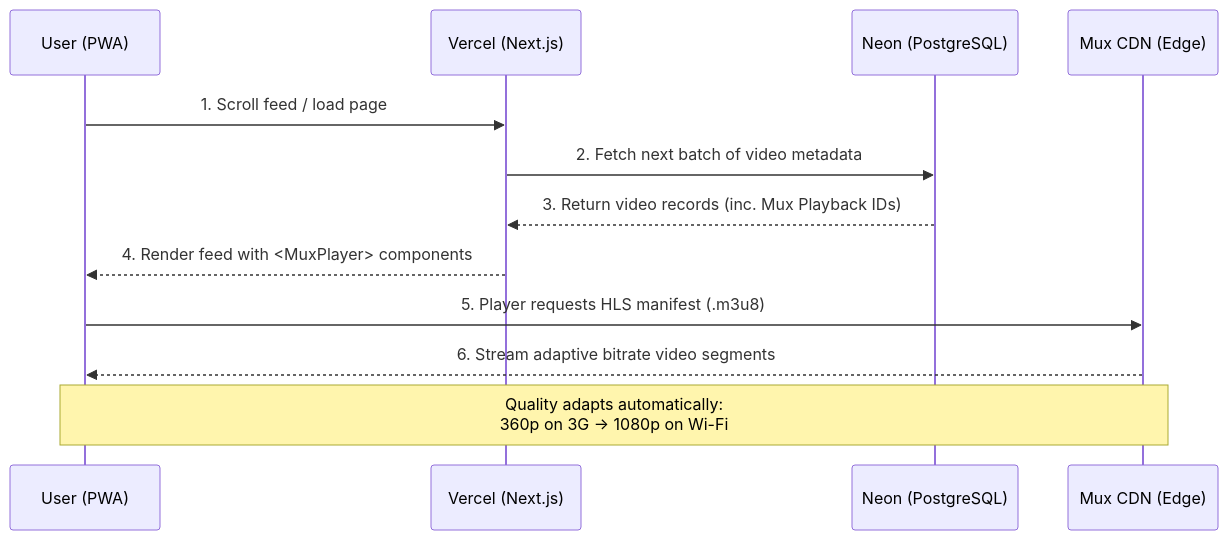
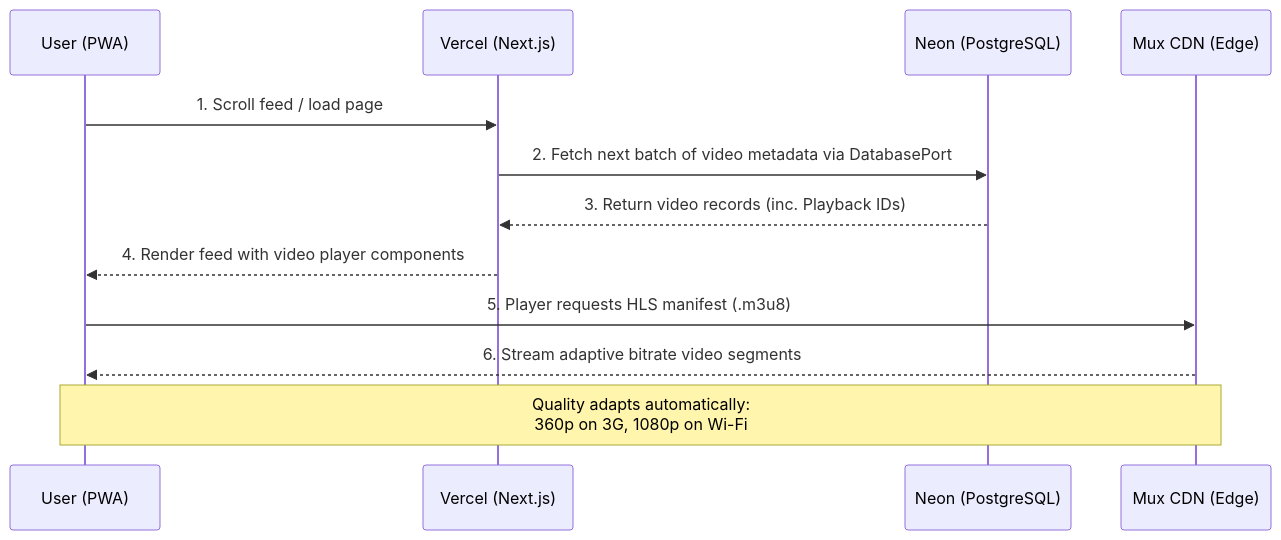
Before and after one commit to ShellyDCMS/DellClips: the fifth of 7 diagrams in specs/architecture.md, drawn with Mermaid. The commit also changed other lines of this file and 2 other files, not shown here.

Commit message:
add hexagonal architecture with ports and adapters, expand PostgreSQL rationale and infrastructure requirements

````diff
--- a/specs/architecture.md
+++ b/specs/architecture.md
@@ -143,15 +365,15 @@
 ```mermaid
 sequenceDiagram
     participant U as User (PWA)
     participant V as Vercel (Next.js)
     participant DB as Neon (PostgreSQL)
     participant M as Mux CDN (Edge)
 
     U->>V: 1. Scroll feed / load page
-    V->>DB: 2. Fetch next batch of video metadata
-    DB-->>V: 3. Return video records (inc. Mux Playback IDs)
-    V-->>U: 4. Render feed with <MuxPlayer> components
+    V->>DB: 2. Fetch next batch of video metadata via DatabasePort
+    DB-->>V: 3. Return video records (inc. Playback IDs)
+    V-->>U: 4. Render feed with video player components
     U->>M: 5. Player requests HLS manifest (.m3u8)
     M-->>U: 6. Stream adaptive bitrate video segments
-    Note over U,M: Quality adapts automatically:<br/>360p on 3G → 1080p on Wi-Fi
+    Note over U,M: Quality adapts automatically:<br/>360p on 3G, 1080p on Wi-Fi
 ```
````
